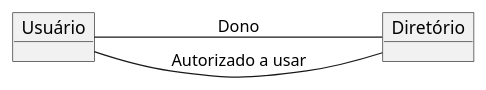
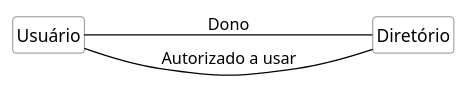
One commit to kyriosdata/oo changed the diagram in imagens/modelos-01/imagem-14/mod01ima14.plantuml. Above: the diagram before and after it, drawn with PlantUML. The commit also changed 13 other files, not shown here.

```diff
--- a/imagens/modelos-01/imagem-14/mod01ima14.plantuml
+++ b/imagens/modelos-01/imagem-14/mod01ima14.plantuml
@@ -1,9 +1,18 @@
 @startuml mod01ima14
+hide circle
+hide methods
+hide empty members
+
+skinparam class {
+    BackgroundColor White
+    ArrowColor Black
+    BorderColor #505050
+}
 skinparam ClassAttributeIconSize 0
-object "Usuário" as o1
-object "Diretório" as o2
+class "Usuário" as o1
+class "Diretório" as o2
 
 left to right direction
 o1 --- o2 : Dono
 o1 -- o2 : Autorizado a usar
 @enduml
```
